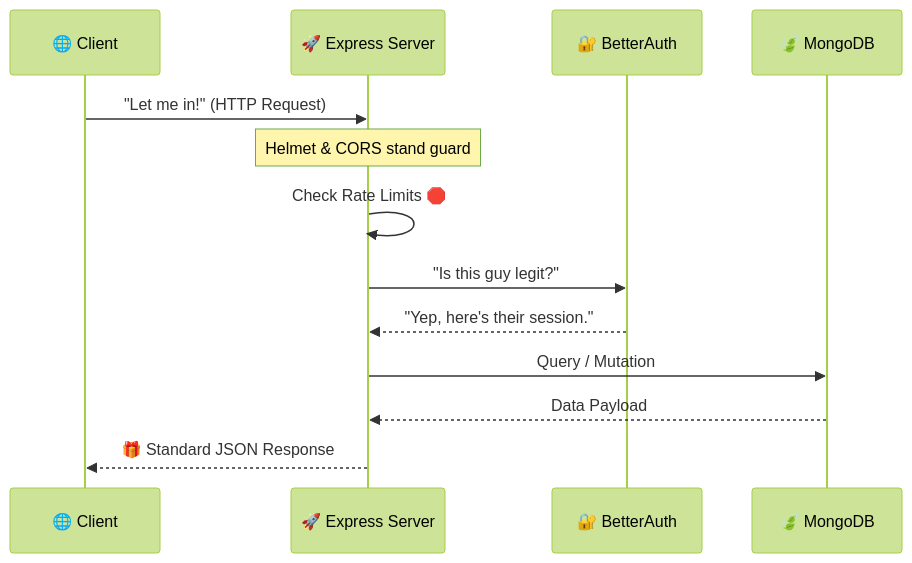
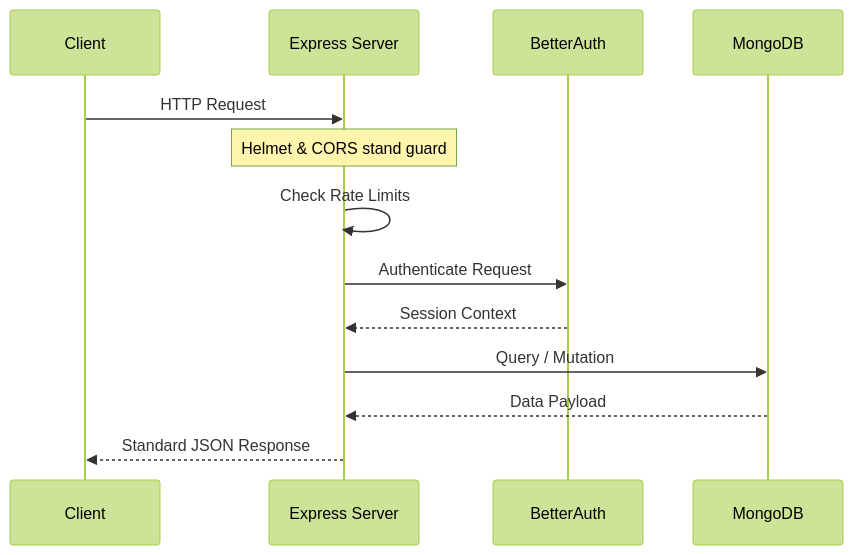
Before and after one commit to Md-Nur-A-Alam/ServiceHub-server: the diagram in README.md, drawn with Mermaid (forest theme).

Commit message:
Refactor mermaid diagram for clarity

````diff
--- a/README.md
+++ b/README.md
@@ -124,16 +124,16 @@
 ```mermaid
 sequenceDiagram
-    participant C as 🌐 Client
-    participant E as 🚀 Express Server
-    participant B as 🔐 BetterAuth
-    participant DB as 🍃 MongoDB
+    participant C as Client
+    participant E as Express Server
+    participant B as BetterAuth
+    participant DB as MongoDB
 
-    C->>E: "Let me in!" (HTTP Request)
+    C->>E: HTTP Request
     Note over E: Helmet & CORS stand guard
-    E->>E: Check Rate Limits 🛑
-    E->>B: "Is this guy legit?"
-    B-->>E: "Yep, here's their session."
+    E->>E: Check Rate Limits
+    E->>B: Authenticate Request
+    B-->>E: Session Context
     E->>DB: Query / Mutation
     DB-->>E: Data Payload
-    E-->>C: 🎁 Standard JSON Response
+    E-->>C: Standard JSON Response
 ```
````
